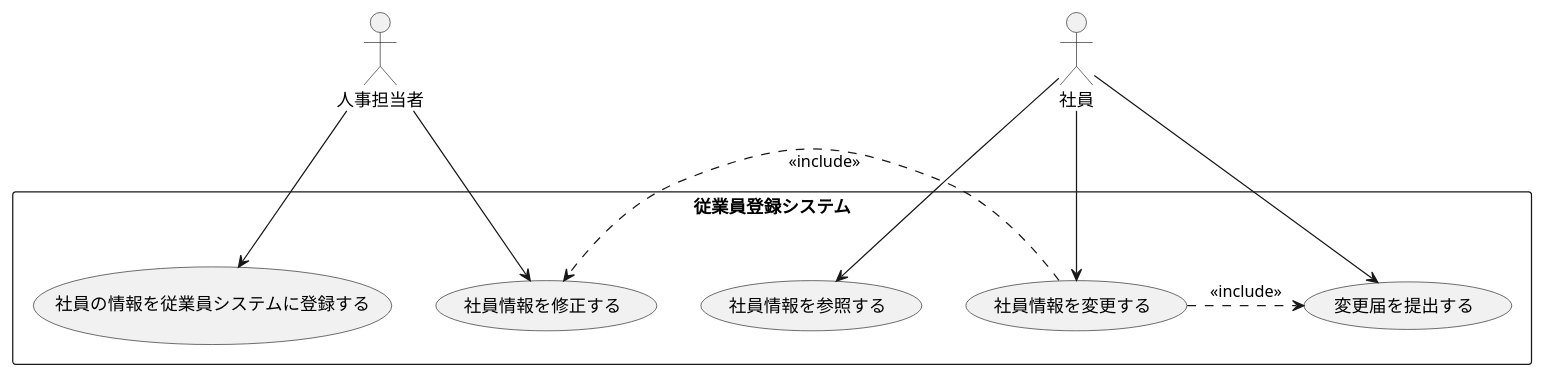
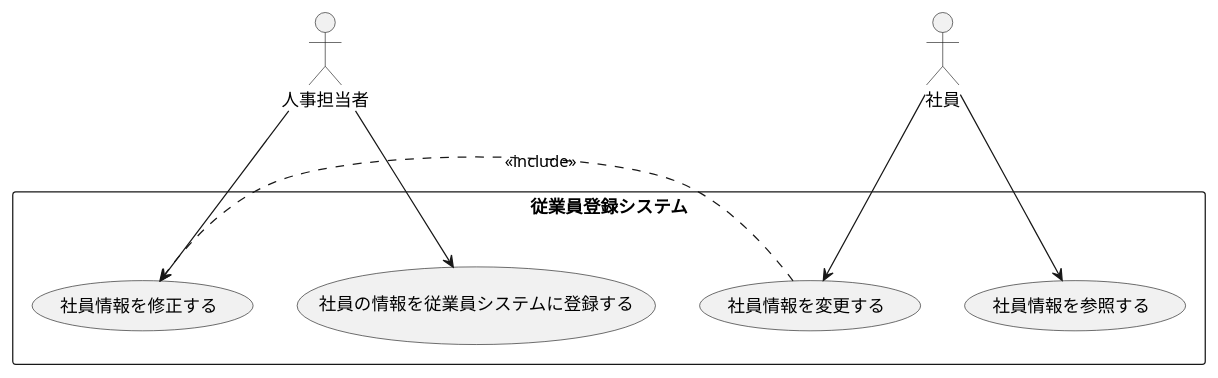
Before and after one commit to ShoT0323/uml-introduction: the diagram in 演習2-6_盛岡システム_従業員登録システム.pu, drawn with PlantUML. The commit also changed 1 other file, not shown here.

```diff
--- a/演習2-6_盛岡システム_従業員登録システム.pu
+++ b/演習2-6_盛岡システム_従業員登録システム.pu
@@ -1,18 +1,15 @@
 @startuml ユースケース図
 actor 人事担当者
 actor 社員
 rectangle 従業員登録システム{
     usecase 社員の情報を従業員システムに登録する
     usecase 社員情報を参照する
     usecase 社員情報を変更する
-    usecase 変更届を提出する
     usecase 社員情報を修正する
 }
 人事担当者-->社員の情報を従業員システムに登録する
 人事担当者-->社員情報を修正する
 社員-->社員情報を参照する
 社員-->社員情報を変更する
-社員-->変更届を提出する
-社員情報を変更する.>変更届を提出する:<<include>>
 社員情報を変更する.>社員情報を修正する:<<include>>
 @enduml
```
